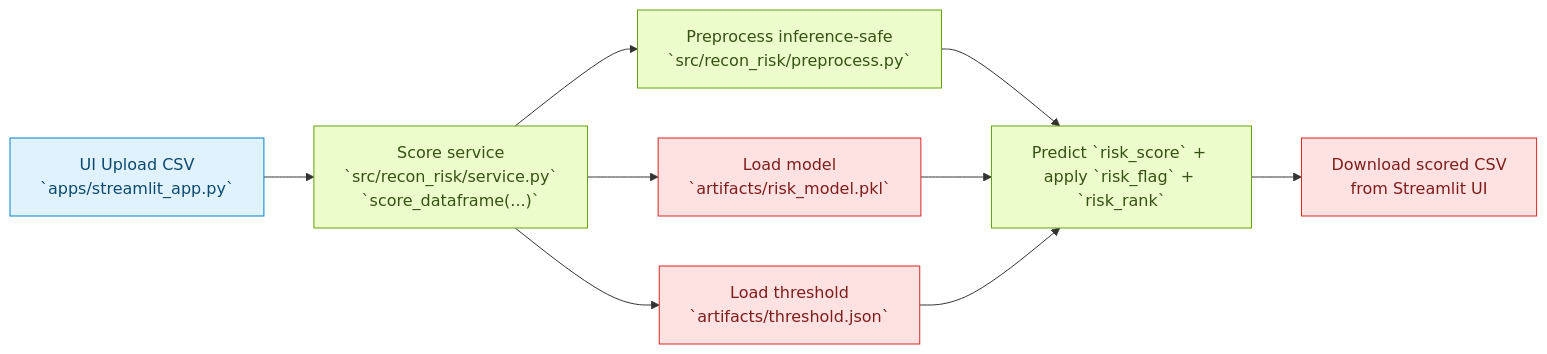
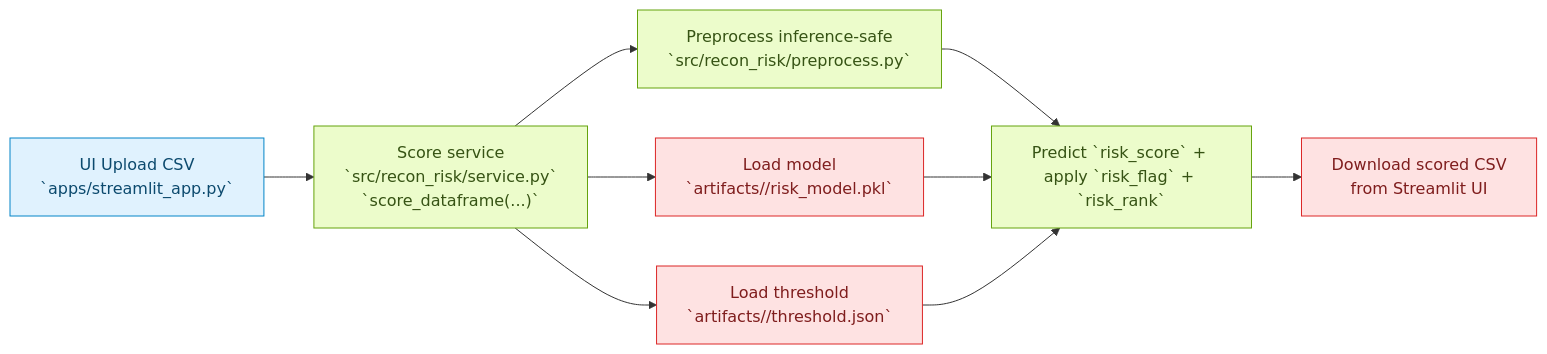
One commit to mppaliwal/financial-recon-risk-model changed the third of 3 diagrams in docs/flow_visualization.md. Above: the diagram before and after it, drawn with Mermaid. The commit also changed other lines of this file and 10 other files, not shown here.

````diff
--- a/docs/flow_visualization.md
+++ b/docs/flow_visualization.md
@@ -78,23 +78,23 @@
 ```mermaid
 flowchart LR
     classDef ui fill:#e0f2fe,stroke:#0284c7,color:#0c4a6e,stroke-width:1px;
     classDef core fill:#ecfccb,stroke:#65a30d,color:#365314,stroke-width:1px;
     classDef output fill:#fee2e2,stroke:#dc2626,color:#7f1d1d,stroke-width:1px;
 
     A["UI Upload CSV<br/>`apps/streamlit_app.py`"]:::ui
     B["Score service<br/>`src/recon_risk/service.py`<br/>`score_dataframe(...)`"]:::core
     C["Preprocess inference-safe<br/>`src/recon_risk/preprocess.py`"]:::core
-    D["Load model<br/>`artifacts/risk_model.pkl`"]:::output
-    E["Load threshold<br/>`artifacts/threshold.json`"]:::output
+    D["Load model<br/>`artifacts/<model_name>/risk_model.pkl`"]:::output
+    E["Load threshold<br/>`artifacts/<model_name>/threshold.json`"]:::output
     F["Predict `risk_score` + apply `risk_flag` + `risk_rank`"]:::core
     G["Download scored CSV<br/>from Streamlit UI"]:::output
 
     A --> B
     B --> C
     B --> D
     B --> E
     C --> F
     D --> F
     E --> F
     F --> G
 ```
````
